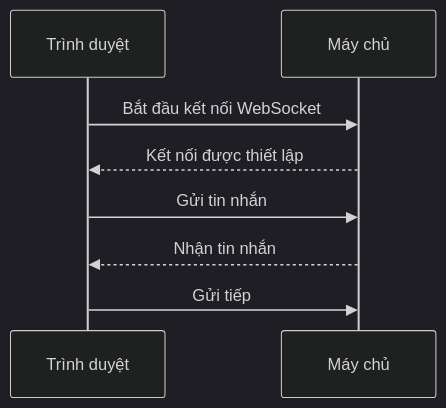
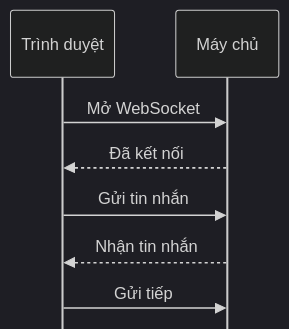
Before and after one commit to vohoailinh90/Agentic-coding-course: the fourth of 4 diagrams in brainstorm/system-design-101-vi/visual-prototype.md, drawn with Mermaid (dark theme). The commit also changed other lines of this file and 4 other files, not shown here.

````diff
--- a/brainstorm/system-design-101-vi/visual-prototype.md
+++ b/brainstorm/system-design-101-vi/visual-prototype.md
@@ -54,10 +58,11 @@
 ```mermaid
+%%{init: {"sequence": {"width": 100, "actorMargin": 30, "messageMargin": 24, "mirrorActors": false}}}%%
 sequenceDiagram
     participant C as Trình duyệt
     participant S as Máy chủ
-    C->>S: Bắt đầu kết nối WebSocket
-    S-->>C: Kết nối được thiết lập
+    C->>S: Mở WebSocket
+    S-->>C: Đã kết nối
     C->>S: Gửi tin nhắn
     S-->>C: Nhận tin nhắn
     C->>S: Gửi tiếp
 ```
````
